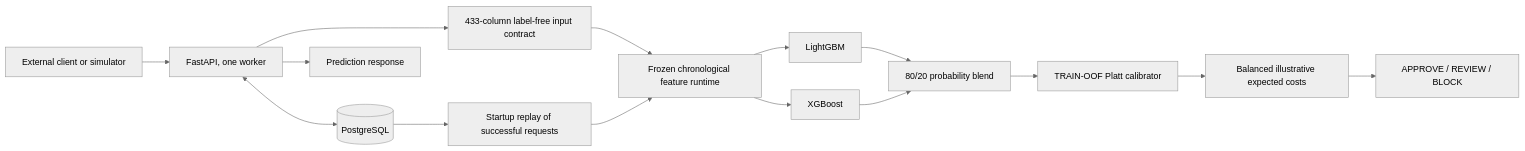
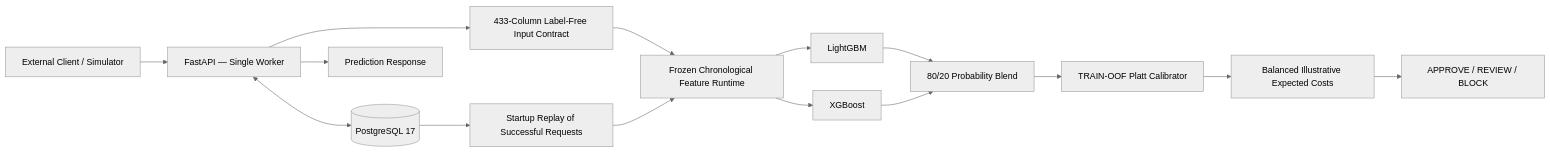
Before and after one commit to marwan-sitten60/fraud-detection-risk-decisioning-system: the second of 5 diagrams in docs/architecture.md, drawn with Mermaid (neutral theme). The commit also changed other lines of this file and 1 other file, not shown here.

Commit message:
docs: fix GitHub Mermaid architecture rendering

````diff
--- a/docs/architecture.md
+++ b/docs/architecture.md
@@ -25,17 +25,17 @@
 ```mermaid
 flowchart LR
-    CLIENT[External client or simulator] --> API[FastAPI, one worker]
-    API --> CONTRACT[433-column label-free input contract]
-    CONTRACT --> FEAT[Frozen chronological feature runtime]
-    FEAT --> LGB[LightGBM]
-    FEAT --> XGB[XGBoost]
-    LGB --> BLEND[80/20 probability blend]
+    CLIENT["External Client / Simulator"] --> API["FastAPI — Single Worker"]
+    API --> CONTRACT["433-Column Label-Free Input Contract"]
+    CONTRACT --> FEAT["Frozen Chronological Feature Runtime"]
+    FEAT --> LGB["LightGBM"]
+    FEAT --> XGB["XGBoost"]
+    LGB --> BLEND["80/20 Probability Blend"]
     XGB --> BLEND
-    BLEND --> CAL[TRAIN-OOF Platt calibrator]
-    CAL --> COST[Balanced illustrative expected costs]
-    COST --> ACTION[APPROVE / REVIEW / BLOCK]
-    API <--> DB[(PostgreSQL)]
-    API --> RESULT[Prediction response]
-    DB --> RECOVER[Startup replay of successful requests]
+    BLEND --> CAL["TRAIN-OOF Platt Calibrator"]
+    CAL --> COST["Balanced Illustrative Expected Costs"]
+    COST --> ACTION["APPROVE / REVIEW / BLOCK"]
+    API <--> DB[("PostgreSQL 17")]
+    API --> RESULT["Prediction Response"]
+    DB --> RECOVER["Startup Replay of Successful Requests"]
     RECOVER --> FEAT
 ```
````
